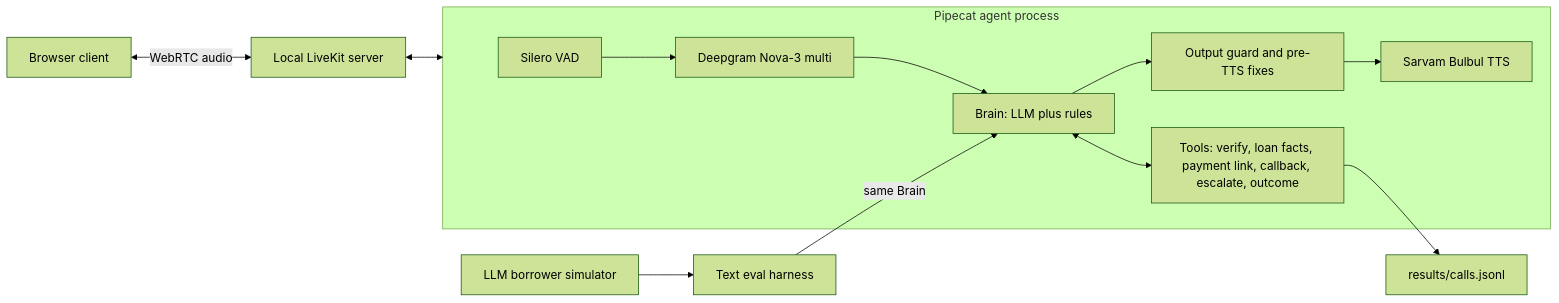
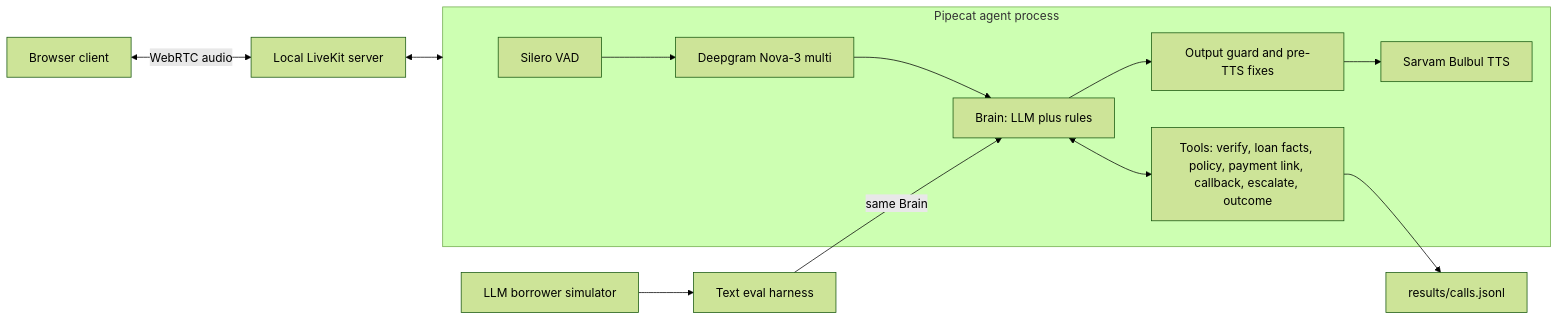
Before and after one commit to SinghSeema/LumenFinance: the diagram in README.md, drawn with Mermaid (forest theme). The commit also changed other lines of this file, not shown here.

Commit message:
README: current state (v17, policy, code-owned hardship/dispute flow, calibrated judge, latest results)

````diff
--- a/README.md
+++ b/README.md
@@ -41,15 +46,15 @@
 ```mermaid
 flowchart LR
   B[Browser client] <-->|WebRTC audio| LK[Local LiveKit server]
   LK <--> AG
   subgraph AG[Pipecat agent process]
     VAD[Silero VAD] --> STT[Deepgram Nova-3 multi]
     STT --> BR[Brain: LLM plus rules]
     BR --> G[Output guard and pre-TTS fixes]
     G --> TTS[Sarvam Bulbul TTS]
-    BR <--> TL[Tools: verify, loan facts, payment link, callback, escalate, outcome]
+    BR <--> TL[Tools: verify, loan facts, policy, payment link, callback, escalate, outcome]
   end
   TL --> OUT[results/calls.jsonl]
   EV[Text eval harness] -->|same Brain| BR
   SIM[LLM borrower simulator] --> EV
 ```
````
